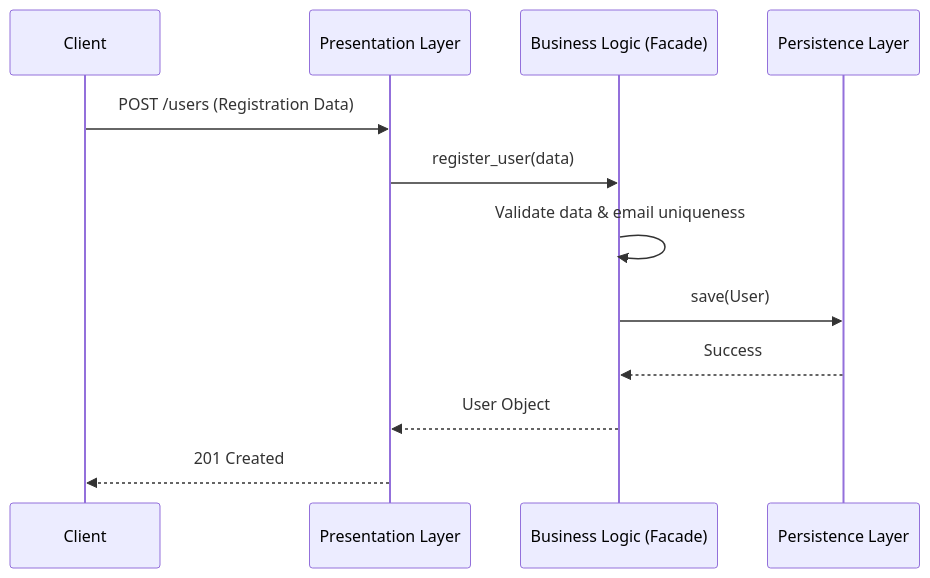
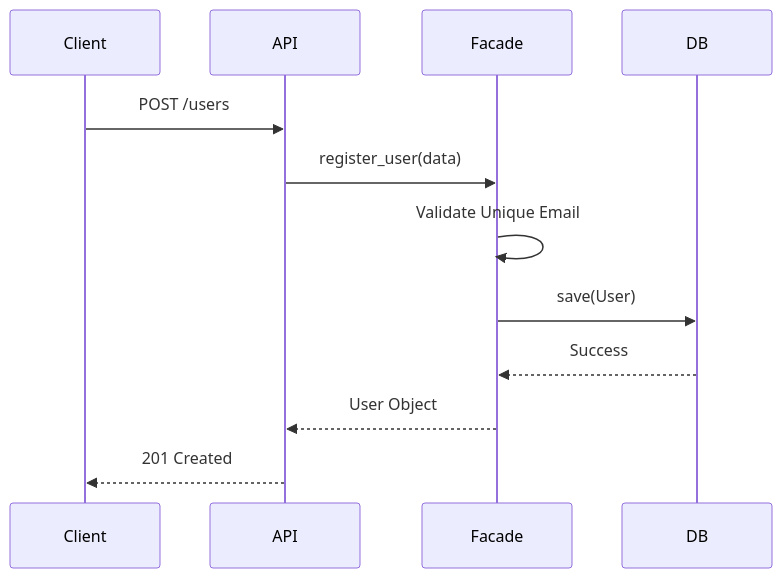
The third of 6 diagrams in part1/README.md (mammadovs/holbertonschool-hbnb), drawn with Mermaid before and after one commit. The commit also changed other lines of this file, not shown here.

````diff
--- a/part1/README.md
+++ b/part1/README.md
@@ -111,15 +94,14 @@
 ```mermaid
 sequenceDiagram
-    participant Client
-    participant API as Presentation Layer
-    participant Facade as Business Logic (Facade)
-    participant DB as Persistence Layer
-
-    Client->>API: POST /users (Registration Data)
-    API->>Facade: register_user(data)
-    Facade->>Facade: Validate data & email uniqueness
-    Facade->>DB: save(User)
-    DB-->>Facade: Success
-    Facade-->>API: User Object
-    API-->>Client: 201 Created
+    participant C as Client
+    participant A as API
+    participant F as Facade
+    participant D as DB
+    C->>A: POST /users
+    A->>F: register_user(data)
+    F->>F: Validate Unique Email
+    F->>D: save(User)
+    D-->>F: Success
+    F-->>A: User Object
+    A-->>C: 201 Created
 ```
````
